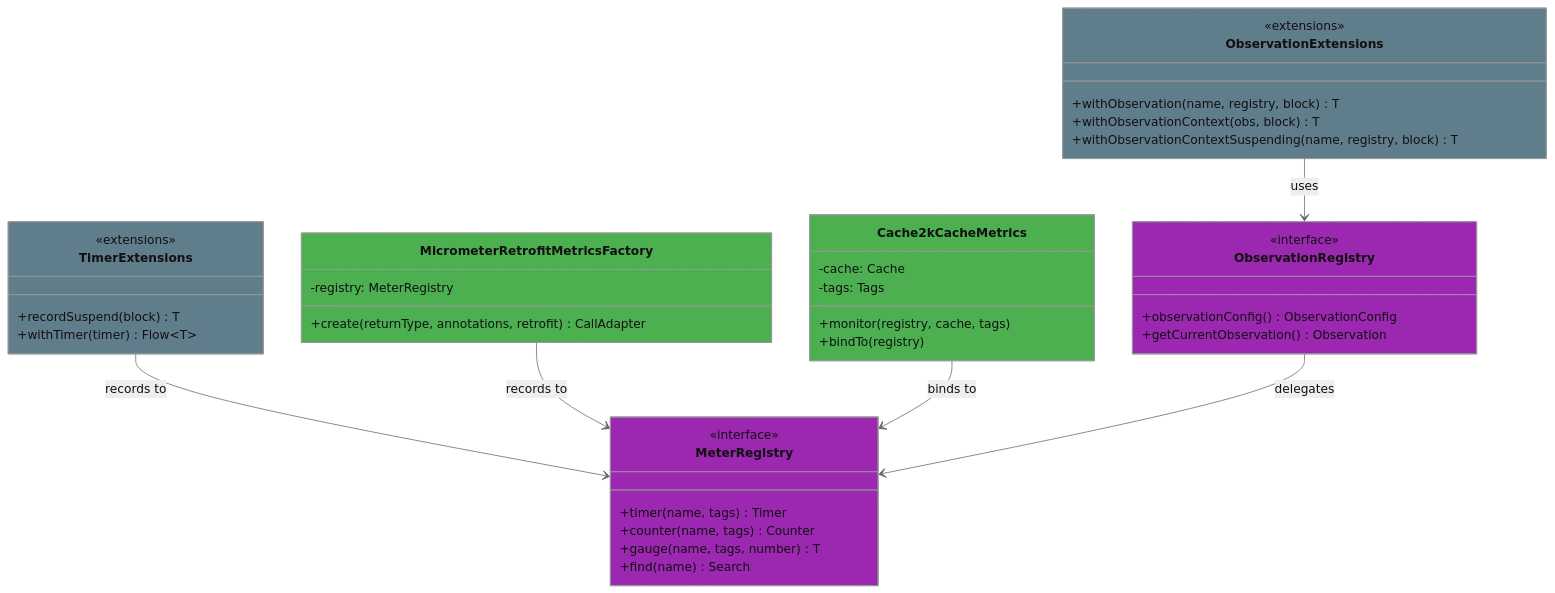
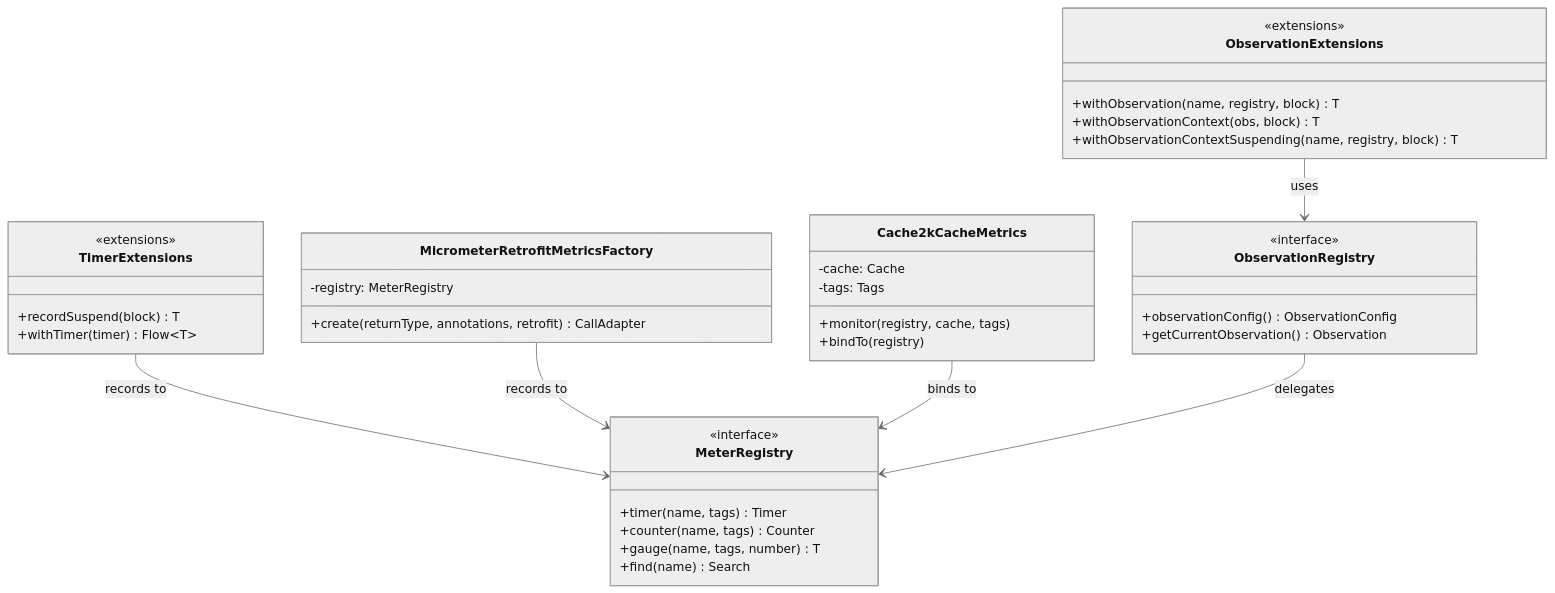
Before and after one commit to bluetape4k/bluetape4k-projects: the first of 4 diagrams in infra/micrometer/README.md, drawn with Mermaid (neutral theme). The commit also changed 95 other files, not shown here.

First line of the commit message:
docs: Mermaid 파서 오류 전체 수정 (IntelliJ IDEA 호환)

````diff
--- a/infra/micrometer/README.md
+++ b/infra/micrometer/README.md
@@ -234,54 +234,48 @@
 ```mermaid
 classDiagram
-    class TimerExtensions:::infraStyle {
+    class TimerExtensions {
         <<extensions>>
         +recordSuspend(block) T
         +withTimer(timer) Flow~T~
     }
 
-    class ObservationExtensions:::infraStyle {
+    class ObservationExtensions {
         <<extensions>>
         +withObservation(name, registry, block) T
         +withObservationContext(obs, block) T
         +withObservationContextSuspending(name, registry, block) T
     }
 
-    class MicrometerRetrofitMetricsFactory:::serviceStyle {
+    class MicrometerRetrofitMetricsFactory {
         -registry: MeterRegistry
         +create(returnType, annotations, retrofit) CallAdapter
     }
 
-    class Cache2kCacheMetrics:::serviceStyle {
+    class Cache2kCacheMetrics {
         -cache: Cache
         -tags: Tags
         +monitor(registry, cache, tags)
         +bindTo(registry)
     }
 
-    class MeterRegistry:::abstractStyle {
+    class MeterRegistry {
         <<interface>>
         +timer(name, tags) Timer
         +counter(name, tags) Counter
         +gauge(name, tags, number) T
         +find(name) Search
     }
 
-    class ObservationRegistry:::abstractStyle {
+    class ObservationRegistry {
         <<interface>>
         +observationConfig() ObservationConfig
         +getCurrentObservation() Observation
     }
 
     TimerExtensions --> MeterRegistry: records to
     ObservationExtensions --> ObservationRegistry: uses
     MicrometerRetrofitMetricsFactory --> MeterRegistry: records to
     Cache2kCacheMetrics --> MeterRegistry: binds to
     ObservationRegistry --> MeterRegistry: delegates
 
-    classDef cacheStyle    fill:#F44336
-    classDef redisStyle    fill:#FF9800
-    classDef infraStyle    fill:#607D8B
-    classDef clientStyle   fill:#2196F3
-    classDef abstractStyle fill:#9C27B0
-    classDef serviceStyle  fill:#4CAF50
 ```
````
